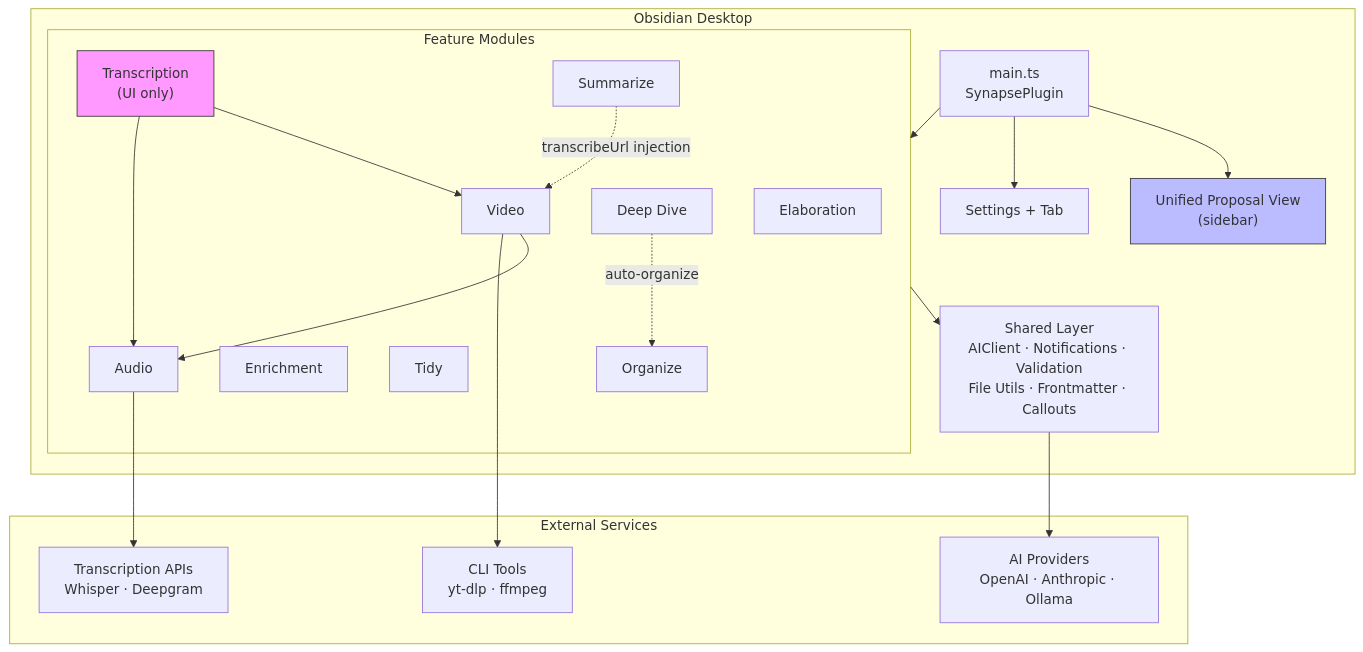
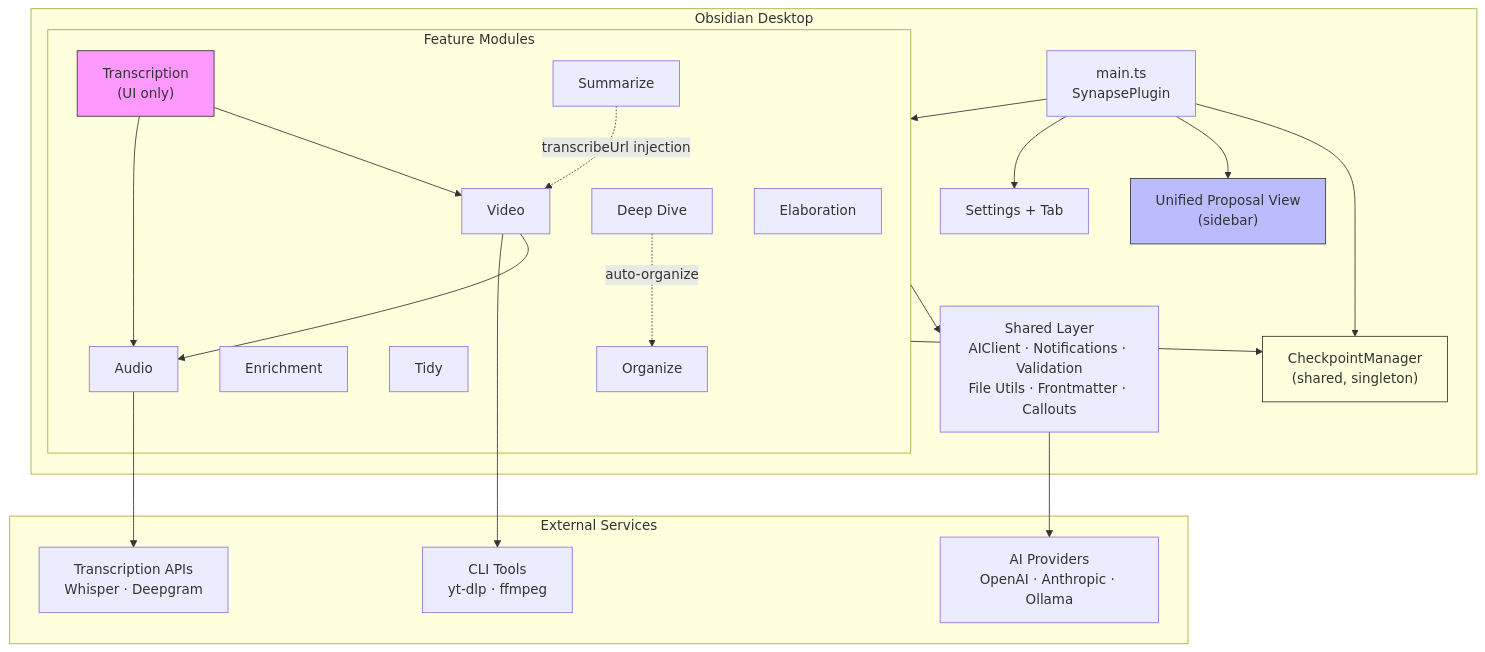
The first of 9 diagrams in ARCHITECTURE.md (dustinkeeton/obsidian-synapse), drawn with Mermaid before and after one commit. The commit also changed other lines of this file and 2 other files, not shown here.

````diff
--- a/ARCHITECTURE.md
+++ b/ARCHITECTURE.md
@@ -9,44 +11,48 @@
 ```mermaid
 graph TB
     subgraph Obsidian["Obsidian Desktop"]
         Main["main.ts<br/>SynapsePlugin"]
         Settings["Settings + Tab"]
         Sidebar["Unified Proposal View<br/>(sidebar)"]
+        CkptMgr["CheckpointManager<br/>(shared, singleton)"]
 
         subgraph Features["Feature Modules"]
             Elab["Elaboration"]
             Audio["Audio"]
             Video["Video"]
             Trans["Transcription<br/>(UI only)"]
             Enrich["Enrichment"]
             Summ["Summarize"]
             Tidy["Tidy"]
             Org["Organize"]
             DD["Deep Dive"]
         end
 
         Shared["Shared Layer<br/>AIClient · Notifications · Validation<br/>File Utils · Frontmatter · Callouts"]
     end
 
     subgraph External["External Services"]
         AI["AI Providers<br/>OpenAI · Anthropic · Ollama"]
         TransAPI["Transcription APIs<br/>Whisper · Deepgram"]
         Tools["CLI Tools<br/>yt-dlp · ffmpeg"]
     end
 
     Main --> Settings
     Main --> Sidebar
+    Main --> CkptMgr
     Main --> Features
     Features --> Shared
+    Features --> CkptMgr
     Shared --> AI
     Audio --> TransAPI
     Video --> Tools
     Video --> Audio
     Trans --> Audio
     Trans --> Video
     Summ -.->|transcribeUrl injection| Video
     DD -.->|auto-organize| Org
 
     style Trans fill:#f9f,stroke:#333
     style Sidebar fill:#bbf,stroke:#333
+    style CkptMgr fill:#ffd,stroke:#333
 ```
````
